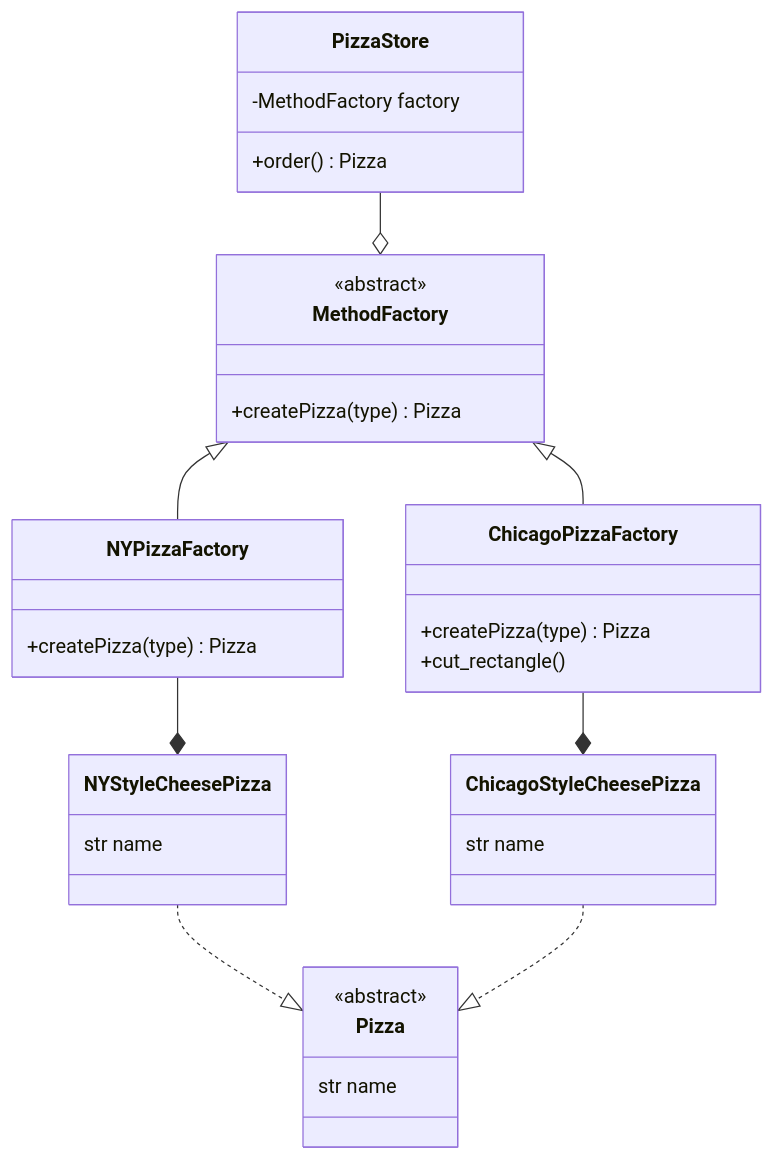
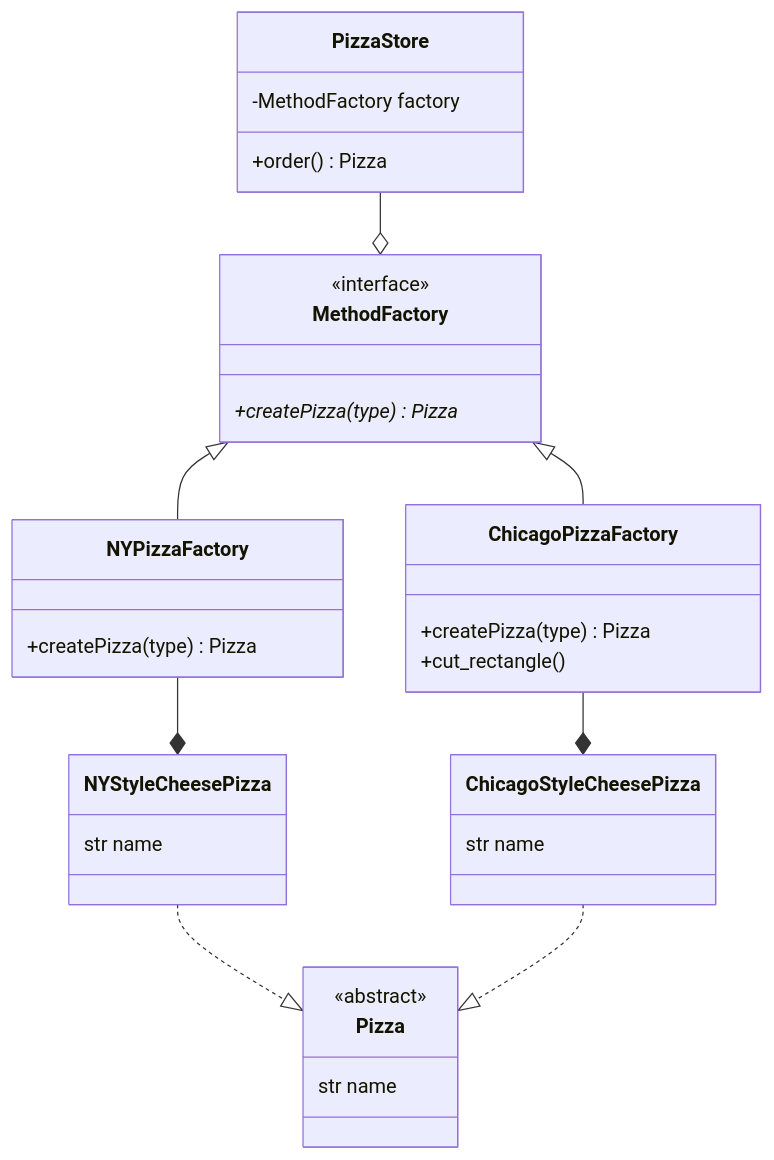
The diagram in src/factory/factory_method/UML.md (tiaz0128/design-pattern-in-python), drawn with Mermaid before and after one commit. The commit also changed 12 other files, not shown here.

````diff
--- a/src/factory/factory_method/UML.md
+++ b/src/factory/factory_method/UML.md
@@ -1,46 +1,46 @@
 ```mermaid
 classDiagram
 direction TB
     class PizzaStore {
         -MethodFactory factory
         +order() Pizza
     }
 
     PizzaStore --o MethodFactory
 
     class MethodFactory {
-        <<abstract>>
-        +createPizza(type) Pizza
+        <<interface>>
+        +createPizza(type) Pizza*
     }
     
     class NYPizzaFactory {
         +createPizza(type) Pizza
     }
 
     class ChicagoPizzaFactory {
         +createPizza(type) Pizza
         +cut_rectangle()
     }
 
     MethodFactory <|-- NYPizzaFactory
     MethodFactory <|-- ChicagoPizzaFactory
 
     class Pizza {
         <<abstract>>
         str name
     }
 
     class NYStyleCheesePizza {
         str name
     }
 
     class ChicagoStyleCheesePizza {
         str name
     }
 
     NYStyleCheesePizza ..|> Pizza
     ChicagoStyleCheesePizza ..|> Pizza
 
     NYPizzaFactory --* NYStyleCheesePizza
     ChicagoPizzaFactory --* ChicagoStyleCheesePizza
 ```
````
